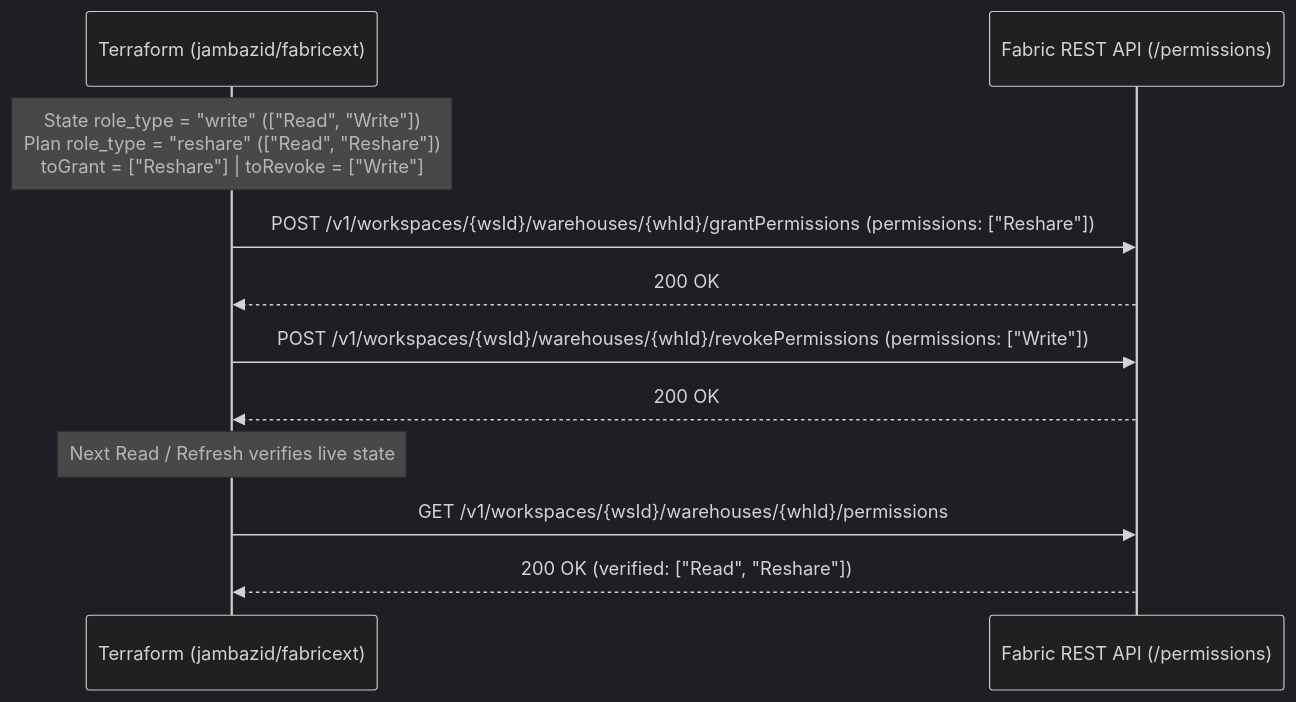
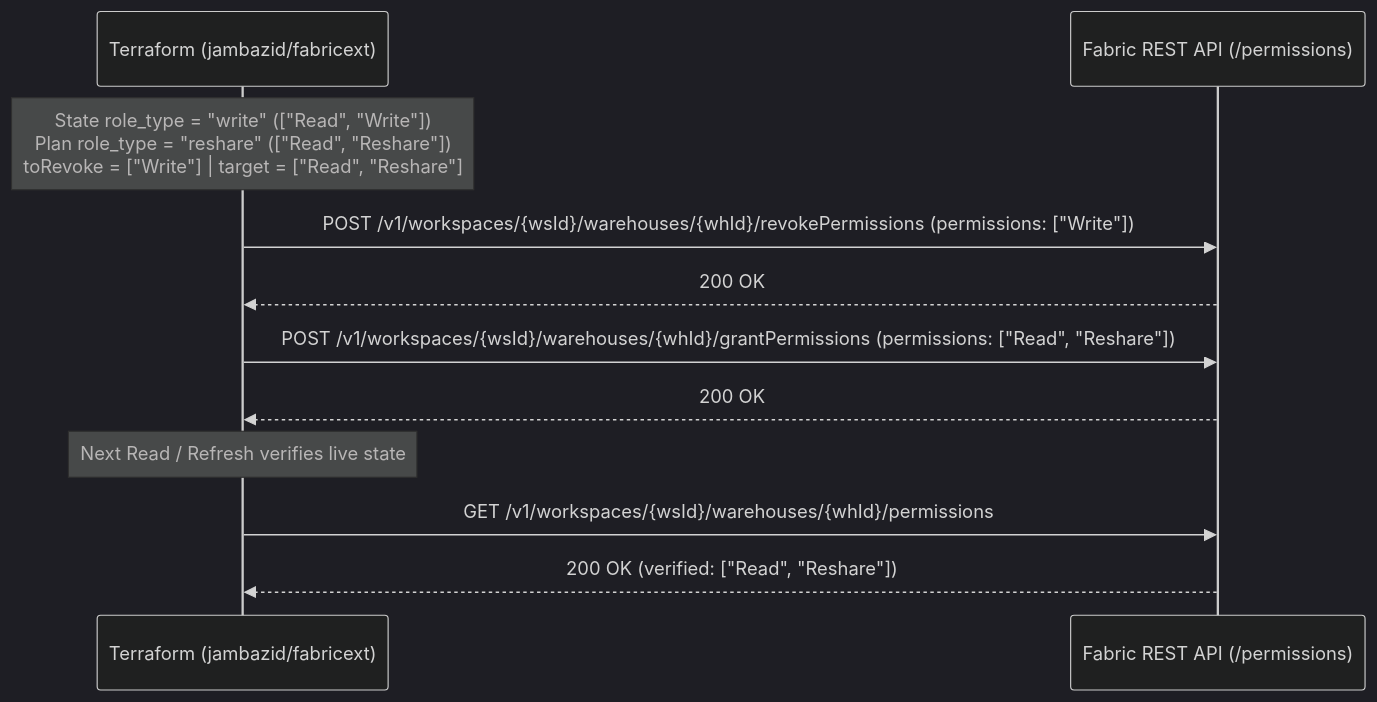
Before and after one commit to jambazid/terraform-provider-fabricext: the first of 2 diagrams in guides/official_provider_comparison.md, drawn with Mermaid (dark theme). The commit also changed other lines of this file and 33 other files, not shown here.

First line of the commit message:
docs: align reconciliation sequence, registry links, and metadata

````diff
--- a/guides/official_provider_comparison.md
+++ b/guides/official_provider_comparison.md
@@ -41,14 +41,14 @@
 ```mermaid
 sequenceDiagram
     participant TF as Terraform (jambazid/fabricext)
     participant API as Fabric REST API (/permissions)
 
-    Note over TF: State role_type = "write" (["Read", "Write"])<br/>Plan role_type = "reshare" (["Read", "Reshare"])<br/>toGrant = ["Reshare"] | toRevoke = ["Write"]
-    TF->>API: POST /v1/workspaces/{wsId}/warehouses/{whId}/grantPermissions (permissions: ["Reshare"])
+    Note over TF: State role_type = "write" (["Read", "Write"])<br/>Plan role_type = "reshare" (["Read", "Reshare"])<br/>toRevoke = ["Write"] | target = ["Read", "Reshare"]
+    TF->>API: POST /v1/workspaces/{wsId}/warehouses/{whId}/revokePermissions (permissions: ["Write"])
     API-->>TF: 200 OK
-    TF->>API: POST /v1/workspaces/{wsId}/warehouses/{whId}/revokePermissions (permissions: ["Write"])
+    TF->>API: POST /v1/workspaces/{wsId}/warehouses/{whId}/grantPermissions (permissions: ["Read", "Reshare"])
     API-->>TF: 200 OK
     Note over TF: Next Read / Refresh verifies live state
     TF->>API: GET /v1/workspaces/{wsId}/warehouses/{whId}/permissions
     API-->>TF: 200 OK (verified: ["Read", "Reshare"])
 ```
````
